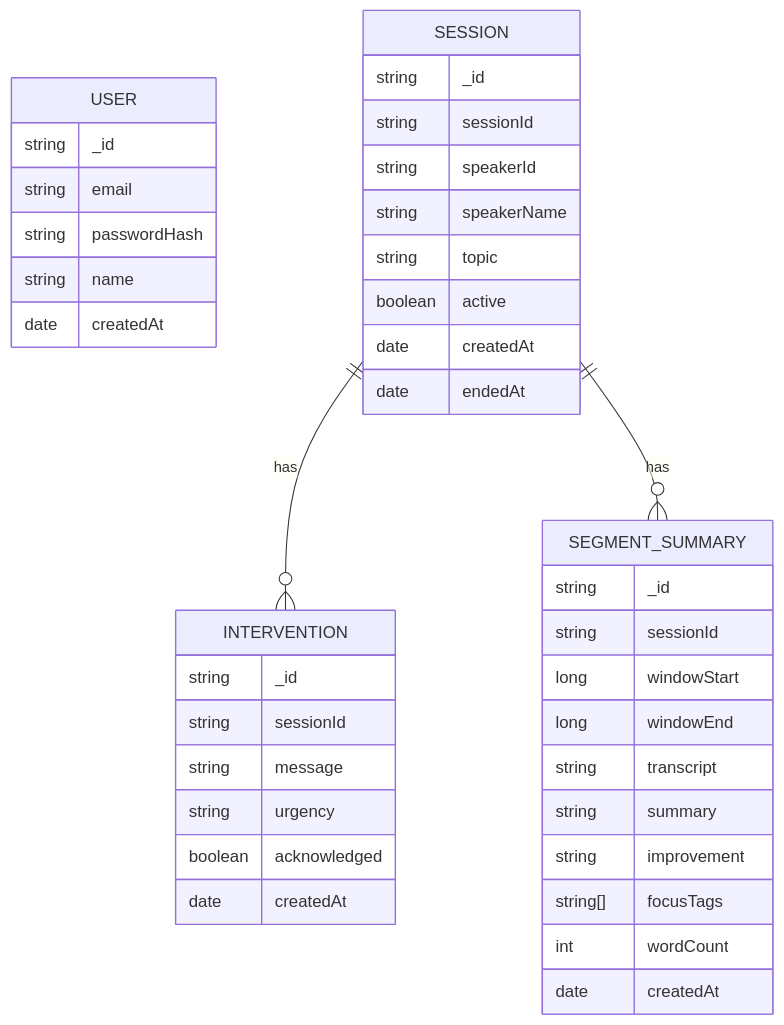
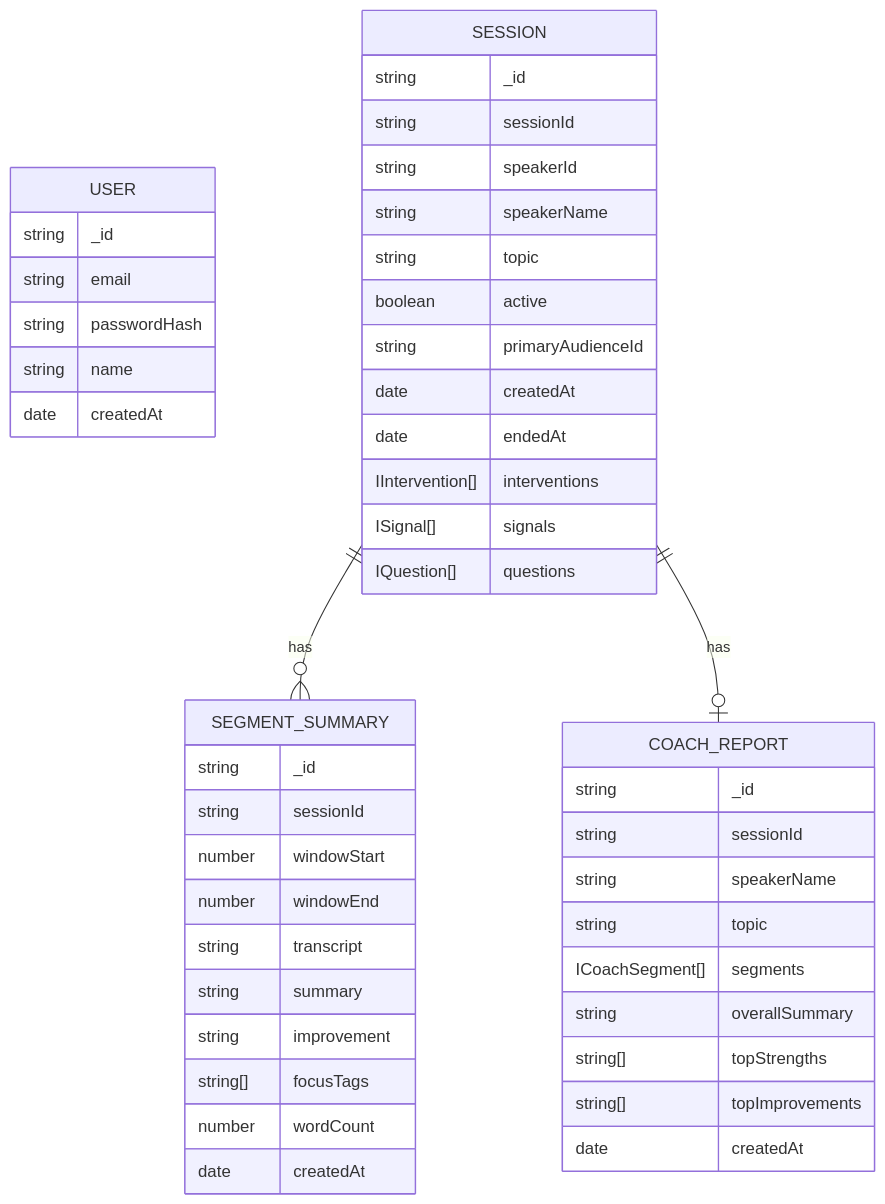
One commit to arvinder004/PULSE_HACKBYTE4.0 changed the eighth of 9 diagrams in PULSE_ARCHITECTUREPLAN.md. Above: the diagram before and after it, drawn with Mermaid. The commit also changed other lines of this file and 1 other file, not shown here.

````diff
--- a/PULSE_ARCHITECTUREPLAN.md
+++ b/PULSE_ARCHITECTUREPLAN.md
@@ -272,46 +353,53 @@
 ```mermaid
 erDiagram
   USER {
     string _id
     string email
     string passwordHash
     string name
     date createdAt
   }
 
   SESSION {
     string _id
     string sessionId
     string speakerId
     string speakerName
     string topic
     boolean active
+    string primaryAudienceId
     date createdAt
     date endedAt
-  }
-
-  INTERVENTION {
-    string _id
-    string sessionId
-    string message
-    string urgency
-    boolean acknowledged
-    date createdAt
+    IIntervention[] interventions
+    ISignal[] signals
+    IQuestion[] questions
   }
 
   SEGMENT_SUMMARY {
     string _id
     string sessionId
-    long windowStart
-    long windowEnd
+    number windowStart
+    number windowEnd
     string transcript
     string summary
     string improvement
     string[] focusTags
-    int wordCount
+    number wordCount
     date createdAt
   }
 
-  SESSION ||--o{ INTERVENTION : has
+  COACH_REPORT {
+    string _id
+    string sessionId
+    string speakerName
+    string topic
+    ICoachSegment[] segments
+    string overallSummary
+    string[] topStrengths
+    string[] topImprovements
+    date createdAt
+  }
+
   SESSION ||--o{ SEGMENT_SUMMARY : has
+  SESSION ||--o| COACH_REPORT : has
 ```
````
